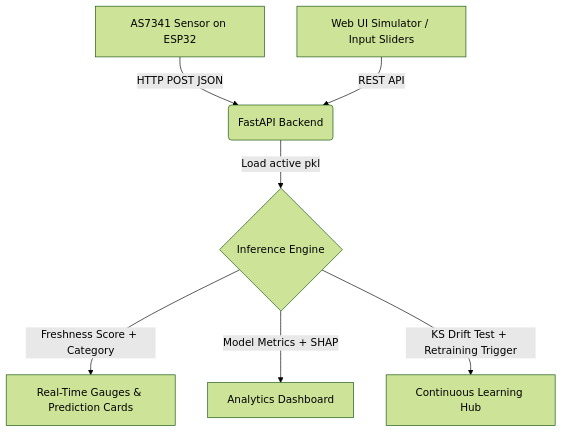
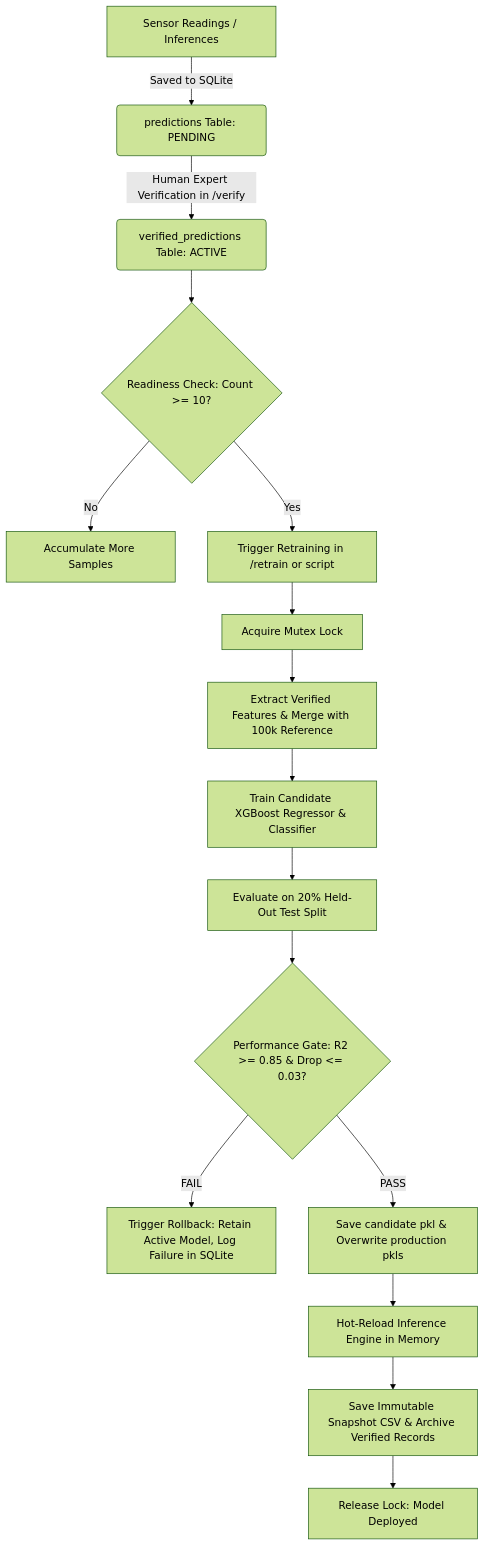
Before and after one commit to voyagerobotics/Veg-QX: the diagram in summary.md, drawn with Mermaid (forest theme). The commit also changed other lines of this file, not shown here.

````diff
--- a/summary.md
+++ b/summary.md
@@ -289,9 +541,18 @@
 ```mermaid
 graph TD
-    A[AS7341 Sensor on ESP32] -->|HTTP POST JSON| B(FastAPI Backend)
-    C[Web UI Simulator / Input Sliders] -->|REST API| B
-    B -->|Load active pkl| D{Inference Engine}
-    D -->|Freshness Score + Category| E[Real-Time Gauges & Prediction Cards]
-    D -->|Model Metrics + SHAP| F[Analytics Dashboard]
-    D -->|KS Drift Test + Retraining Trigger| G[Continuous Learning Hub]
+    A[Sensor Readings / Inferences] -->|Saved to SQLite| B(predictions Table: PENDING)
+    B -->|Human Expert Verification in /verify| C(verified_predictions Table: ACTIVE)
+    C --> D{Readiness Check: Count >= 10?}
+    D -->|No| E[Accumulate More Samples]
+    D -->|Yes| F[Trigger Retraining in /retrain or script]
+    F --> G[Acquire Mutex Lock]
+    G --> H[Extract Verified Features & Merge with 100k Reference]
+    H --> I[Train Candidate XGBoost Regressor & Classifier]
+    I --> J[Evaluate on 20% Held-Out Test Split]
+    J --> K{Performance Gate: R2 >= 0.85 & Drop <= 0.03?}
+    K -->|FAIL| L[Trigger Rollback: Retain Active Model, Log Failure in SQLite]
+    K -->|PASS| M[Save candidate pkl & Overwrite production pkls]
+    M --> N[Hot-Reload Inference Engine in Memory]
+    N --> O[Save Immutable Snapshot CSV & Archive Verified Records]
+    O --> P[Release Lock: Model Deployed]
 ```
````
